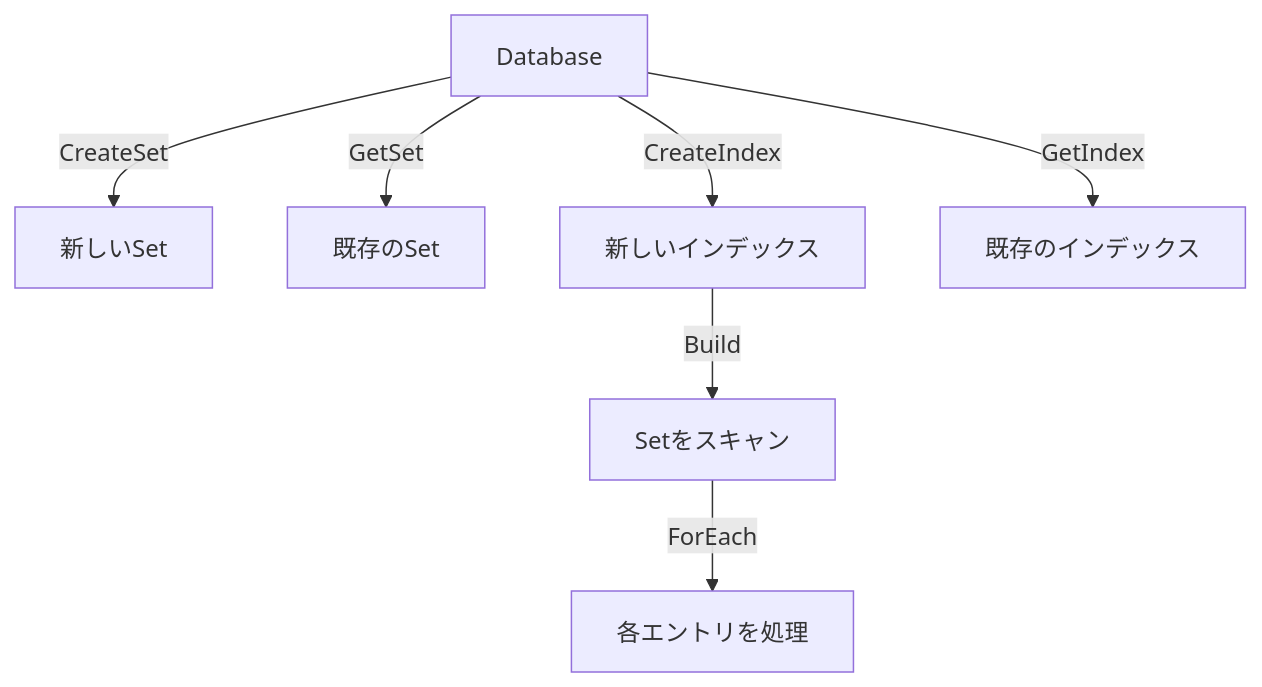
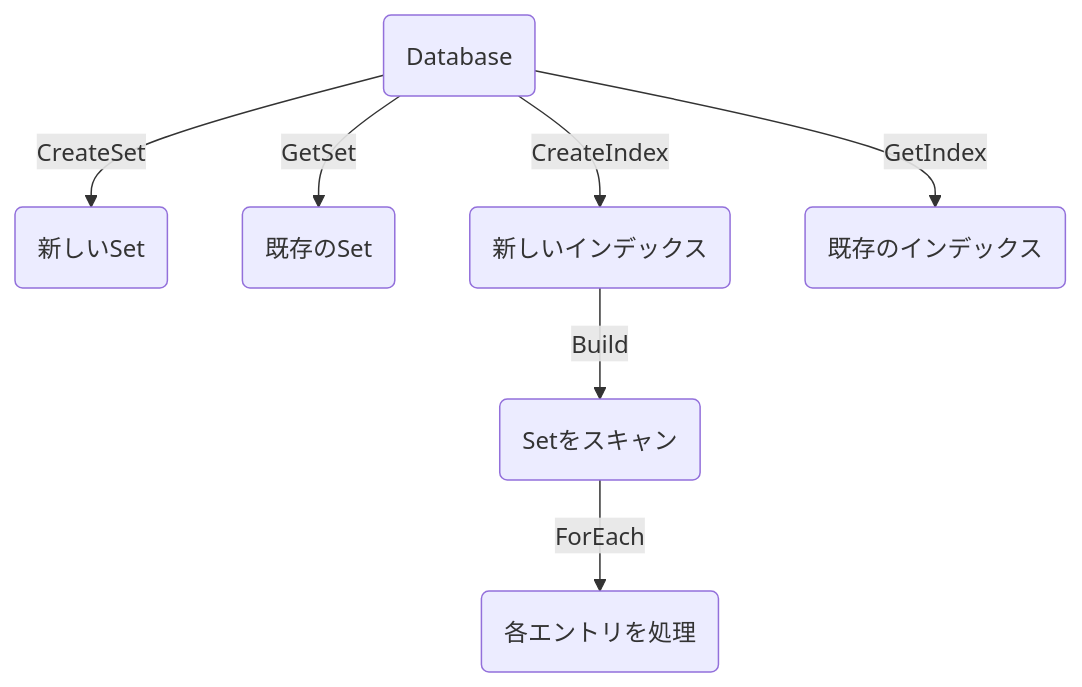
Before and after one commit to ssig33/fuckbase: the fourth of 5 diagrams in textbooks/03_data_structures.md, drawn with Mermaid. The commit also changed other lines of this file and 6 other files, not shown here.

Commit message:
Fix Mermaid diagrams in all textbooks by using parentheses for node text and curly braces for decision nodes

````diff
--- a/textbooks/03_data_structures.md
+++ b/textbooks/03_data_structures.md
@@ -136,10 +136,10 @@
 ```mermaid
 graph TD
-    A[Database] -->|CreateSet| B[新しいSet]
-    A -->|GetSet| C[既存のSet]
-    A -->|CreateIndex| D[新しいインデックス]
-    A -->|GetIndex| E[既存のインデックス]
+    A("Database") -->|CreateSet| B("新しいSet")
+    A -->|GetSet| C("既存のSet")
+    A -->|CreateIndex| D("新しいインデックス")
+    A -->|GetIndex| E("既存のインデックス")
     
-    D -->|Build| F[Setをスキャン]
-    F -->|ForEach| G[各エントリを処理]
+    D -->|Build| F("Setをスキャン")
+    F -->|ForEach| G("各エントリを処理")
 ```
````
